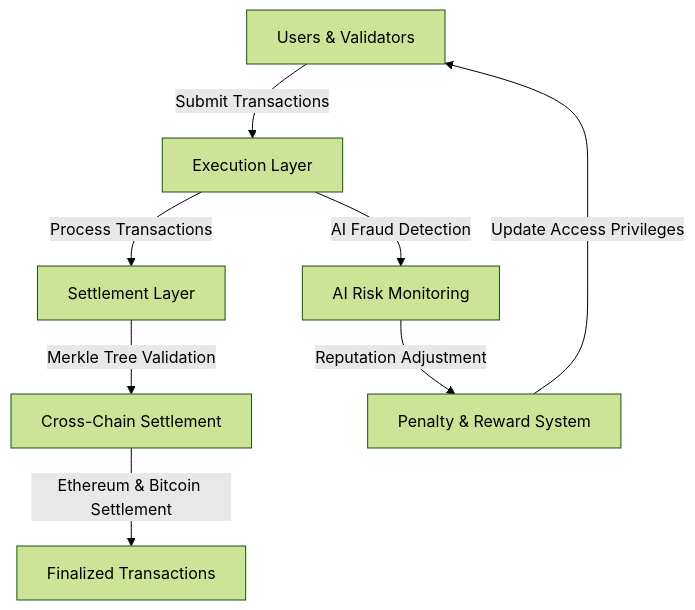
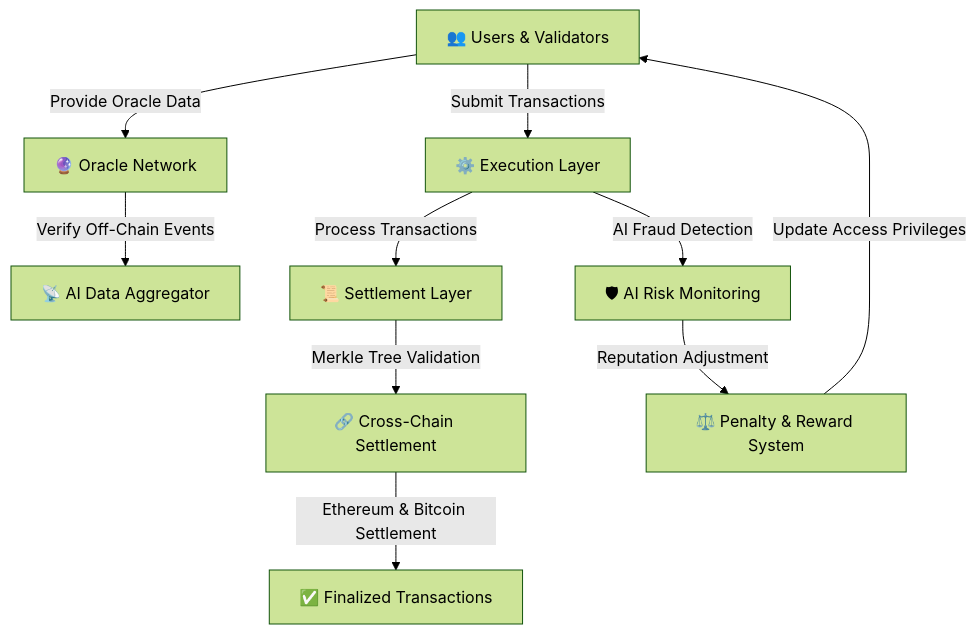
The first of 5 diagrams in README.md (Iconoclastdao/Iconoclast-Sovereign-Network), drawn with Mermaid (forest theme) before and after one commit. The commit also changed other lines of this file, not shown here.

````diff
--- a/README.md
+++ b/README.md
@@ -53,10 +16,12 @@
 ```mermaid
 graph TD
-    A[Users & Validators] -->|Submit Transactions| B[Execution Layer]
-    B -->|Process Transactions| C[Settlement Layer]
-    C -->|Merkle Tree Validation| D[Cross-Chain Settlement]
-    D -->|Ethereum & Bitcoin Settlement| E[Finalized Transactions]
-    B -->|AI Fraud Detection| F[AI Risk Monitoring]
-    F -->|Reputation Adjustment| G[Penalty & Reward System]
+    A[👥 Users & Validators] -->|Submit Transactions| B[⚙️ Execution Layer]
+    A -->|Provide Oracle Data| O[🔮 Oracle Network]
+    O -->|Verify Off-Chain Events| P[📡 AI Data Aggregator]
+    B -->|Process Transactions| C[📜 Settlement Layer]
+    C -->|Merkle Tree Validation| D[🔗 Cross-Chain Settlement]
+    D -->|Ethereum & Bitcoin Settlement| E[✅ Finalized Transactions]
+    B -->|AI Fraud Detection| F[🛡 AI Risk Monitoring]
+    F -->|Reputation Adjustment| G[⚖️ Penalty & Reward System]
     G -->|Update Access Privileges| A
 ```
````
